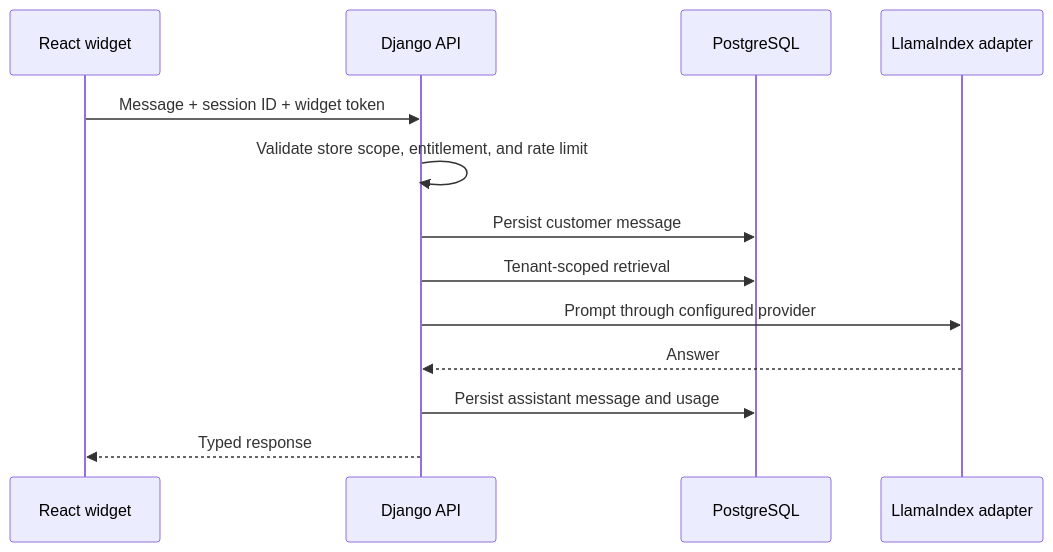
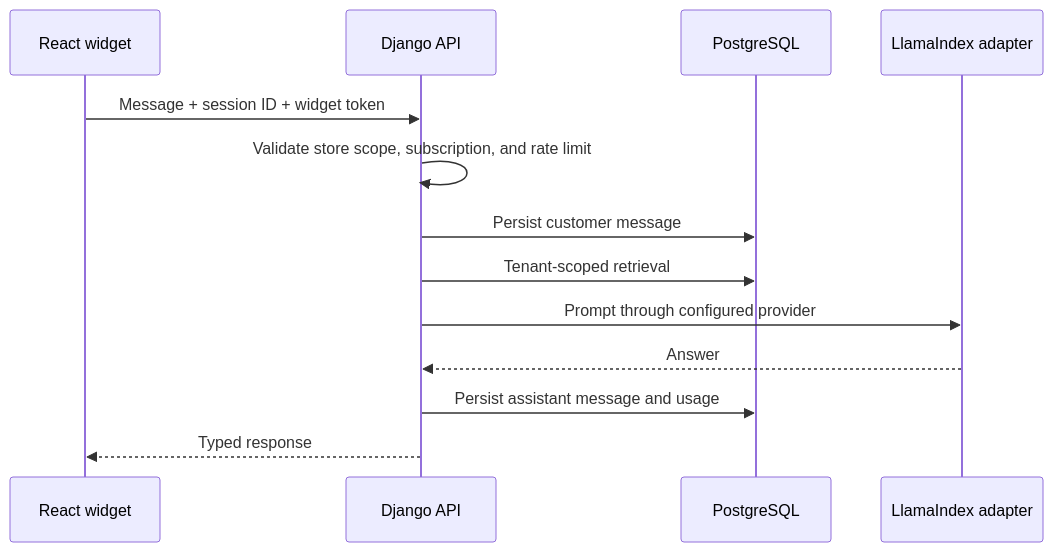
One commit to aji-pratama/woocs changed the seventh of 8 diagrams in _docs/architecture.md. Above: the diagram before and after it, drawn with Mermaid. The commit also changed other lines of this file and 19 other files, not shown here.

````diff
--- a/_docs/architecture.md
+++ b/_docs/architecture.md
@@ -425,16 +425,16 @@
 ```mermaid
 sequenceDiagram
     participant Widget as React widget
     participant API as Django API
     participant DB as PostgreSQL
     participant AI as LlamaIndex adapter
 
     Widget->>API: Message + session ID + widget token
-    API->>API: Validate store scope, entitlement, and rate limit
+    API->>API: Validate store scope, subscription, and rate limit
     API->>DB: Persist customer message
     API->>DB: Tenant-scoped retrieval
     API->>AI: Prompt through configured provider
     AI-->>API: Answer
     API->>DB: Persist assistant message and usage
     API-->>Widget: Typed response
 ```
````
